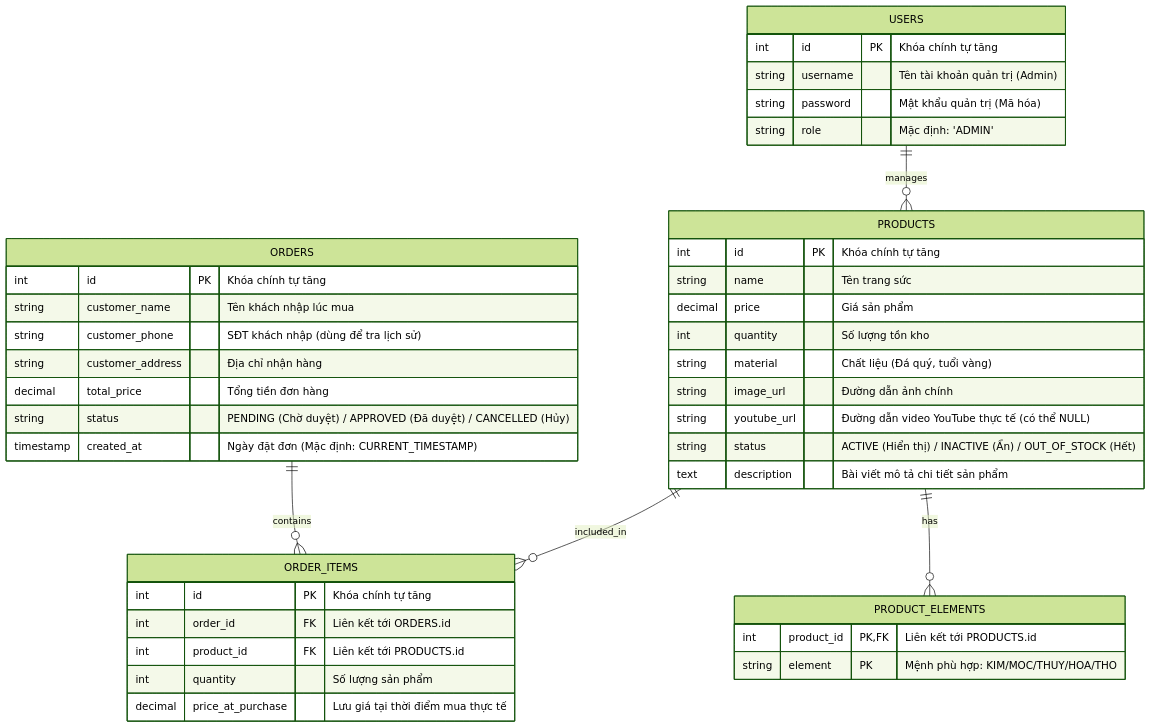
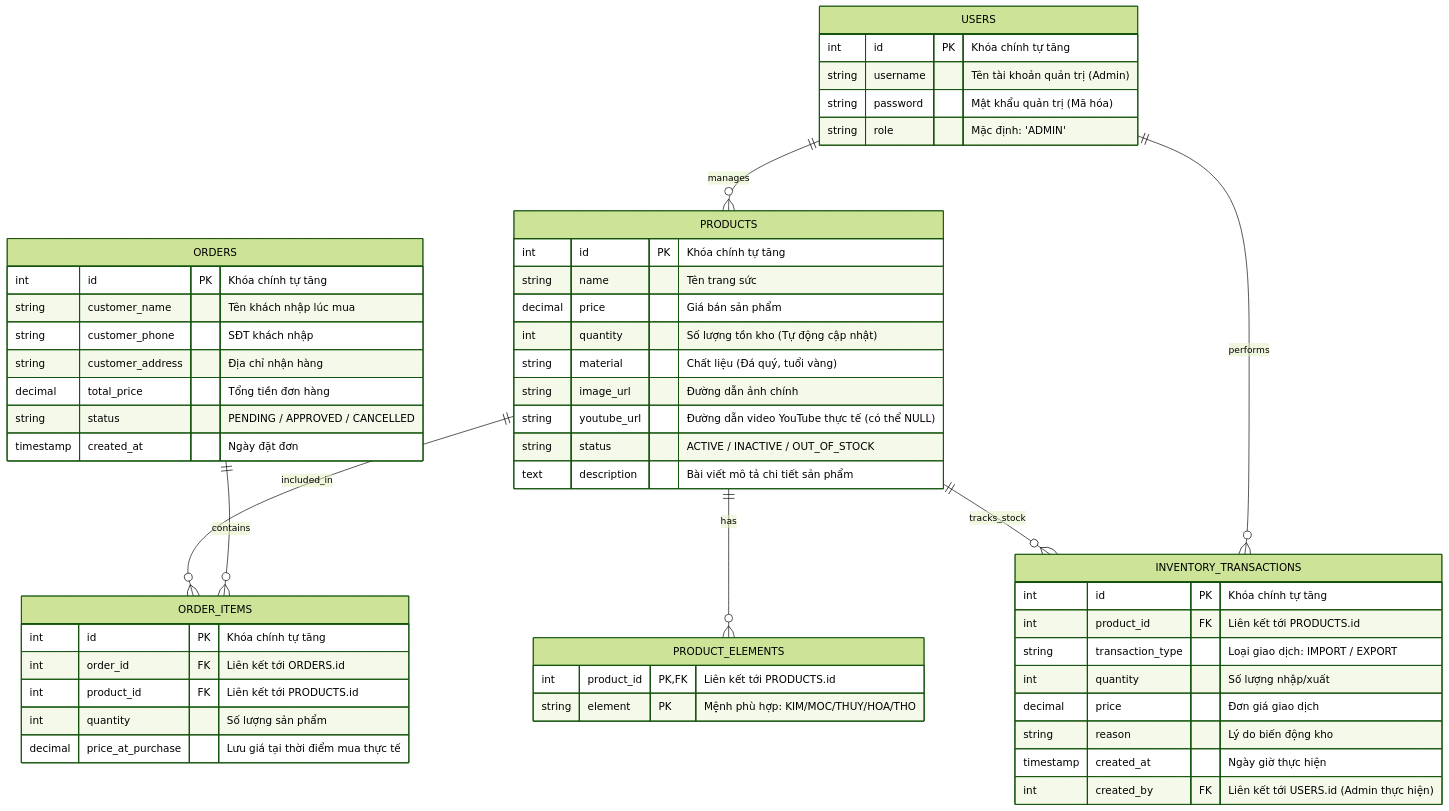
The diagram in 01_Projects/FengShui_Jewelry_Web_DB_Design.md (pnthau/para_wiki_llm), drawn with Mermaid (forest theme) before and after one commit. The commit also changed other lines of this file and 3 other files, not shown here.

````diff
--- a/01_Projects/FengShui_Jewelry_Web_DB_Design.md
+++ b/01_Projects/FengShui_Jewelry_Web_DB_Design.md
@@ -10,49 +10,62 @@
 ```mermaid
 erDiagram
     USERS ||--o{ PRODUCTS : "manages"
     PRODUCTS ||--o{ ORDER_ITEMS : "included_in"
     PRODUCTS ||--o{ PRODUCT_ELEMENTS : "has"
     ORDERS ||--o{ ORDER_ITEMS : "contains"
+    PRODUCTS ||--o{ INVENTORY_TRANSACTIONS : "tracks_stock"
+    USERS ||--o{ INVENTORY_TRANSACTIONS : "performs"
 
     USERS {
         int id PK "Khóa chính tự tăng"
         string username "Tên tài khoản quản trị (Admin)"
         string password "Mật khẩu quản trị (Mã hóa)"
         string role "Mặc định: 'ADMIN'"
     }
 
     PRODUCTS {
         int id PK "Khóa chính tự tăng"
         string name "Tên trang sức"
-        decimal price "Giá sản phẩm"
-        int quantity "Số lượng tồn kho"
+        decimal price "Giá bán sản phẩm"
+        int quantity "Số lượng tồn kho (Tự động cập nhật)"
         string material "Chất liệu (Đá quý, tuổi vàng)"
         string image_url "Đường dẫn ảnh chính"
         string youtube_url "Đường dẫn video YouTube thực tế (có thể NULL)"
-        string status "ACTIVE (Hiển thị) / INACTIVE (Ẩn) / OUT_OF_STOCK (Hết)"
+        string status "ACTIVE / INACTIVE / OUT_OF_STOCK"
         text description "Bài viết mô tả chi tiết sản phẩm"
     }
 
     PRODUCT_ELEMENTS {
         int product_id PK, FK "Liên kết tới PRODUCTS.id"
         string element PK "Mệnh phù hợp: KIM/MOC/THUY/HOA/THO"
     }
 
     ORDERS {
         int id PK "Khóa chính tự tăng"
         string customer_name "Tên khách nhập lúc mua"
-        string customer_phone "SĐT khách nhập (dùng để tra lịch sử)"
+        string customer_phone "SĐT khách nhập"
         string customer_address "Địa chỉ nhận hàng"
         decimal total_price "Tổng tiền đơn hàng"
-        string status "PENDING (Chờ duyệt) / APPROVED (Đã duyệt) / CANCELLED (Hủy)"
-        timestamp created_at "Ngày đặt đơn (Mặc định: CURRENT_TIMESTAMP)"
+        string status "PENDING / APPROVED / CANCELLED"
+        timestamp created_at "Ngày đặt đơn"
     }
 
     ORDER_ITEMS {
         int id PK "Khóa chính tự tăng"
         int order_id FK "Liên kết tới ORDERS.id"
         int product_id FK "Liên kết tới PRODUCTS.id"
         int quantity "Số lượng sản phẩm"
         decimal price_at_purchase "Lưu giá tại thời điểm mua thực tế"
     }
+
+    INVENTORY_TRANSACTIONS {
+        int id PK "Khóa chính tự tăng"
+        int product_id FK "Liên kết tới PRODUCTS.id"
+        string transaction_type "Loại giao dịch: IMPORT / EXPORT"
+        int quantity "Số lượng nhập/xuất"
+        decimal price "Đơn giá giao dịch"
+        string reason "Lý do biến động kho"
+        timestamp created_at "Ngày giờ thực hiện"
+        int created_by FK "Liên kết tới USERS.id (Admin thực hiện)"
+    }
 ```
````
